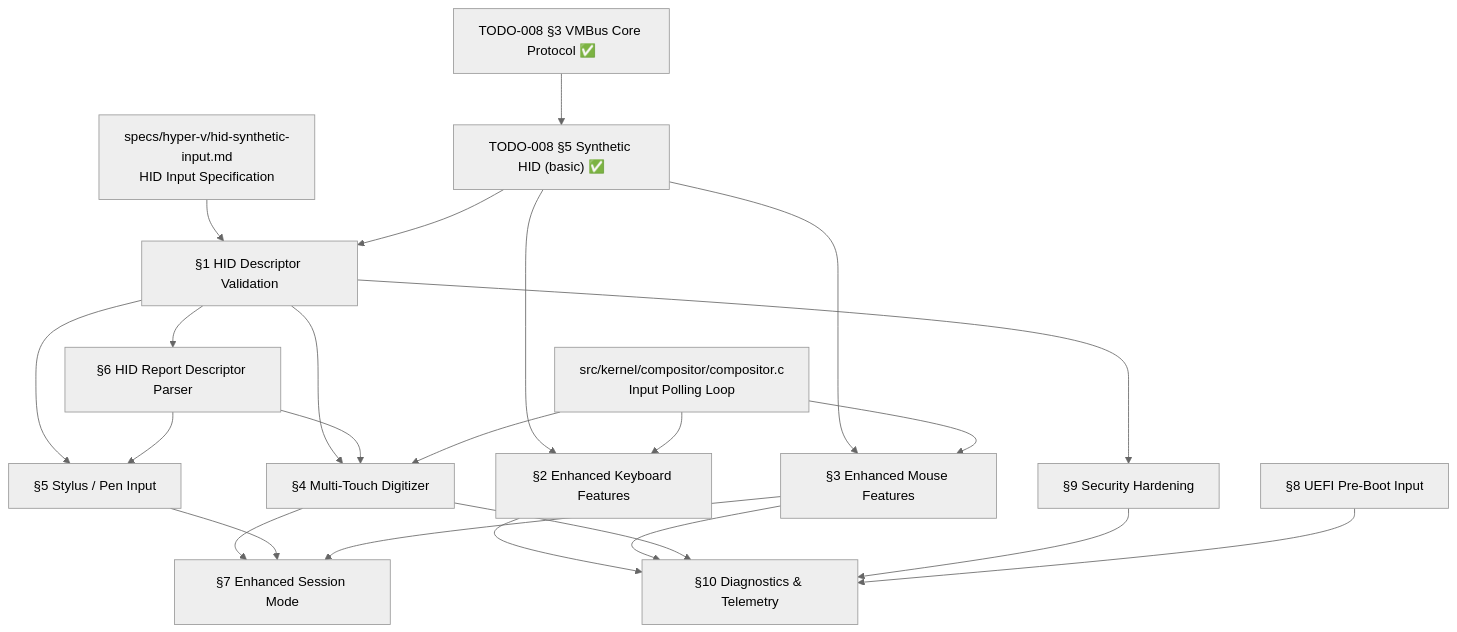
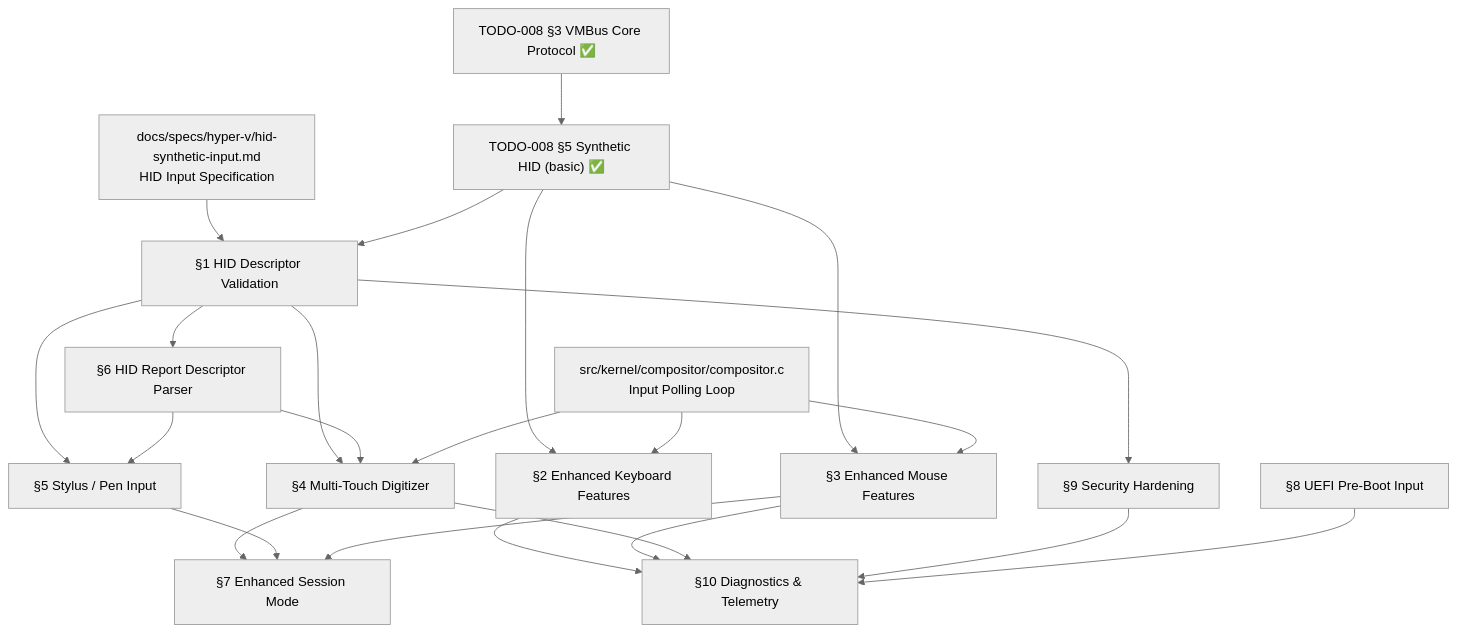
The diagram in todo/000-Infrastructure/TODO-008-Hyper-V-Runner/TODO-008.03-Synthetic-HID.md (rizonesoft/impossible-os), drawn with Mermaid (neutral theme) before and after one commit. The commit also changed other lines of this file and 54 other files, not shown here.

````diff
--- a/todo/000-Infrastructure/TODO-008-Hyper-V-Runner/TODO-008.03-Synthetic-HID.md
+++ b/todo/000-Infrastructure/TODO-008-Hyper-V-Runner/TODO-008.03-Synthetic-HID.md
@@ -42,41 +42,41 @@
 ```mermaid
 graph TD
-    SPEC["specs/hyper-v/hid-synthetic-input.md<br/>HID Input Specification"]
+    SPEC["docs/specs/hyper-v/hid-synthetic-input.md<br/>HID Input Specification"]
     VMBUS["TODO-008 §3 VMBus Core Protocol ✅"]
     HID_BASIC["TODO-008 §5 Synthetic HID (basic) ✅"]
     COMPOSITOR["src/kernel/compositor/compositor.c<br/>Input Polling Loop"]
 
     A["§1 HID Descriptor Validation"]
     B["§2 Enhanced Keyboard Features"]
     C["§3 Enhanced Mouse Features"]
     D["§4 Multi-Touch Digitizer"]
     E["§5 Stylus / Pen Input"]
     F["§6 HID Report Descriptor Parser"]
     G["§7 Enhanced Session Mode"]
     H["§8 UEFI Pre-Boot Input"]
     I["§9 Security Hardening"]
     J["§10 Diagnostics & Telemetry"]
 
     SPEC --> A
     VMBUS --> HID_BASIC
     HID_BASIC --> A
     HID_BASIC --> B
     HID_BASIC --> C
     A --> D
     A --> E
     A --> F
     F --> D
     F --> E
     D --> G
     E --> G
     C --> G
     COMPOSITOR --> B
     COMPOSITOR --> C
     COMPOSITOR --> D
     B --> J
     C --> J
     D --> J
     A --> I
     I --> J
     H --> J
 ```
````
